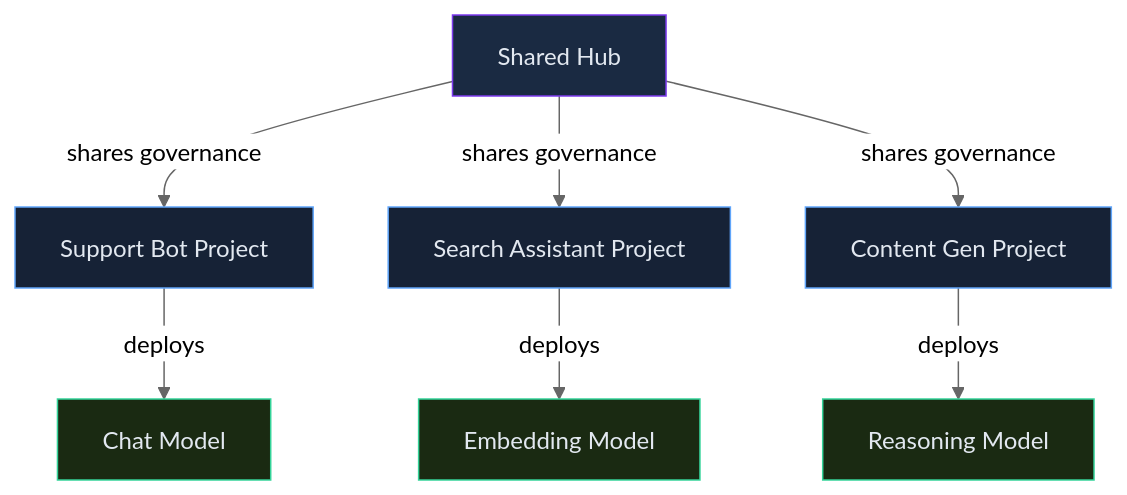
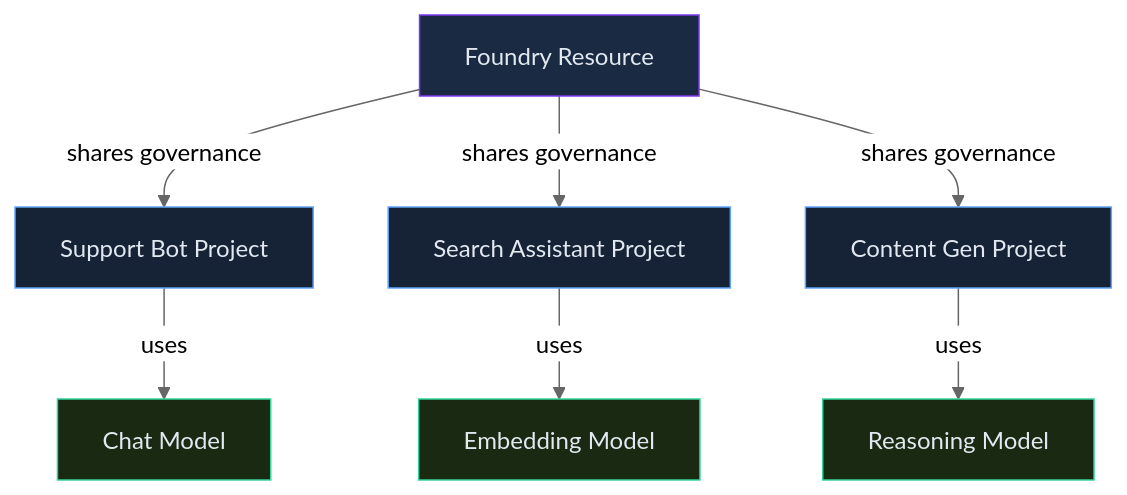
Before and after one commit to ajeetchouksey/ajch_skillup: the diagram in content/skillup/azure-ai-foundry/notes/azure-ai-foundry-m1-l1-projects-hubs-model-catalog.md, drawn with Mermaid (neutral theme). The commit also changed other lines of this file and 157 other files, not shown here.

````diff
--- a/content/skillup/azure-ai-foundry/notes/azure-ai-foundry-m1-l1-projects-hubs-model-catalog.md
+++ b/content/skillup/azure-ai-foundry/notes/azure-ai-foundry-m1-l1-projects-hubs-model-catalog.md
@@ -31,22 +32,22 @@
 ```mermaid
 flowchart TD
-  H[Shared Hub]
+  H[Foundry Resource]
   P1[Support Bot Project]
   P2[Search Assistant Project]
   P3[Content Gen Project]
   M1[Chat Model]
   M2[Embedding Model]
   M3[Reasoning Model]
   H -->|shares governance| P1
   H -->|shares governance| P2
   H -->|shares governance| P3
-  P1 -->|deploys| M1
-  P2 -->|deploys| M2
-  P3 -->|deploys| M3
+  P1 -->|uses| M1
+  P2 -->|uses| M2
+  P3 -->|uses| M3
   classDef hub fill:#1a2a42,stroke:#7c3aed,color:#e2e8f0
   classDef proj fill:#162236,stroke:#60a5fa,color:#e2e8f0
   classDef model fill:#1a2a12,stroke:#34d399,color:#e2e8f0
   class H hub
   class P1,P2,P3 proj
   class M1,M2,M3 model
 ```
````
